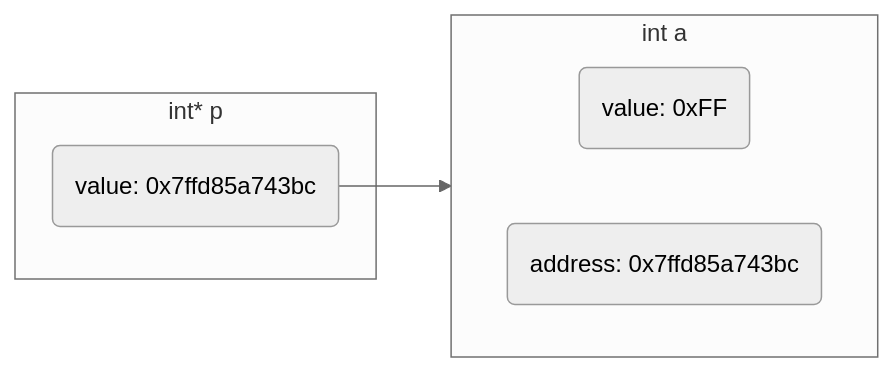
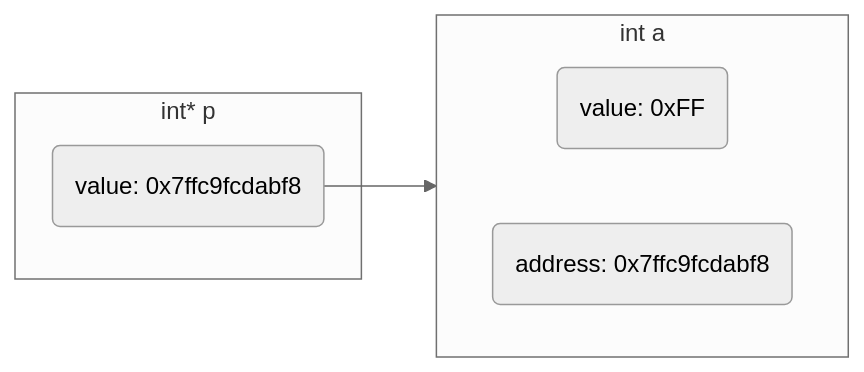
Before and after one commit to dmjcb/dmjcb.github.io: the sixth of 11 diagrams in _posts/language/c_c++/pointer/2022-01-08-指针.md, drawn with Mermaid (neutral theme). The commit also changed other lines of this file and 53 other files, not shown here.

````diff
--- a/_posts/language/c_c++/pointer/2022-01-08-指针.md
+++ b/_posts/language/c_c++/pointer/2022-01-08-指针.md
@@ -210,12 +210,12 @@
 ```mermaid
 graph LR;
     subgraph S1[int a]
         direction LR
         V2(value: 0xFF)
-        A2(address: 0x7ffd85a743bc)
+        A2(address: 0x7ffc9fcdabf8)
     end
     subgraph S2[int* p]
-        V1(value: 0x7ffd85a743bc)
+        V1(value: 0x7ffc9fcdabf8)
     end
     V1-->A2
 ```
````
